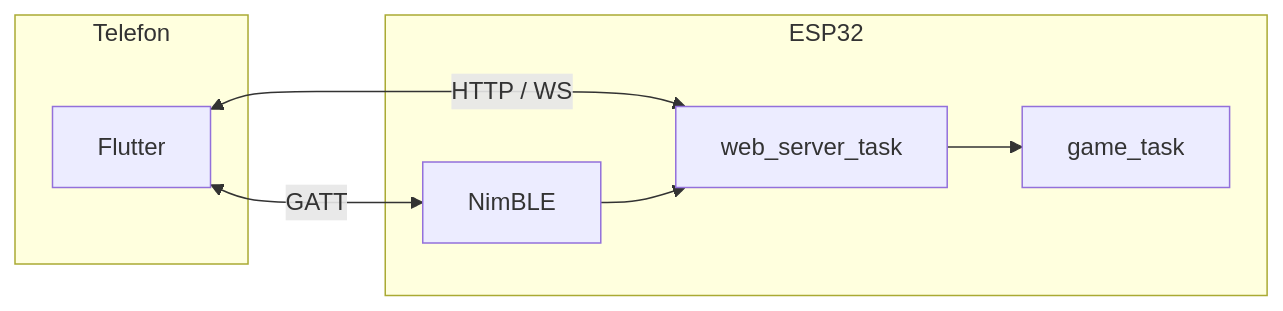
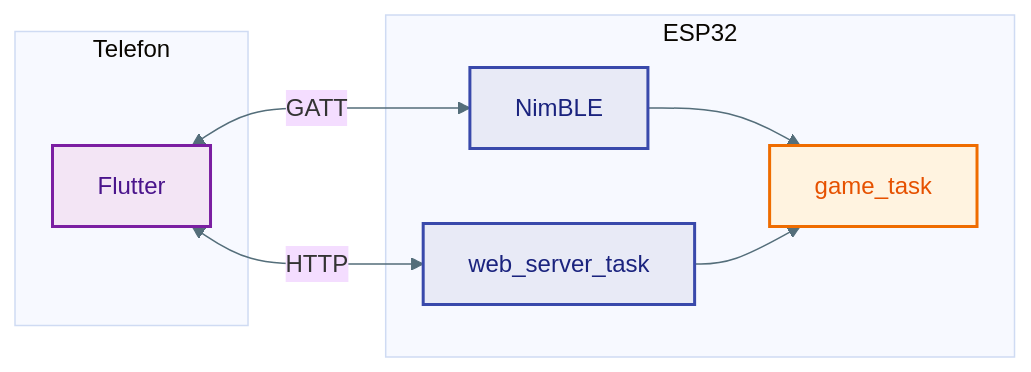
One commit to AlfredKrutina/chess_esp32_c6_devkit changed the third of 5 diagrams in docs/flutter/README.md. Above: the diagram before and after it, drawn with Mermaid. The commit also changed other lines of this file and 29 other files, not shown here.

First line of the commit message:
docs: barevné Mermaid SVG, LED + Flutter vrstvy, lokální backlog

````diff
--- a/docs/flutter/README.md
+++ b/docs/flutter/README.md
@@ -64,15 +88,19 @@
 ```mermaid
+%%{init: {'theme':'base', 'themeVariables': {'lineColor':'#546e7a'}}}%%
 flowchart LR
-  subgraph Mob["Telefon"]
-    APP[Flutter]
+  subgraph Phone["Telefon"]
+    APP[Flutter]:::p
   end
-  subgraph Deska["ESP32"]
-    NIM[NimBLE]
-    WEB[web_server_task]
-    GT[game_task]
+  subgraph Board["ESP32"]
+    NIM[NimBLE]:::b
+    WEB[web_server_task]:::b
+    GT[game_task]:::g
   end
   APP <-->|GATT| NIM
-  APP <-->|HTTP / WS| WEB
-  NIM --> WEB
+  APP <-->|HTTP| WEB
+  NIM --> GT
   WEB --> GT
+  classDef p fill:#f3e5f5,stroke:#7b1fa2,stroke-width:2px,color:#4a148c
+  classDef b fill:#e8eaf6,stroke:#3949ab,stroke-width:2px,color:#1a237e
+  classDef g fill:#fff3e0,stroke:#ef6c00,stroke-width:2px,color:#e65100
 ```
````
